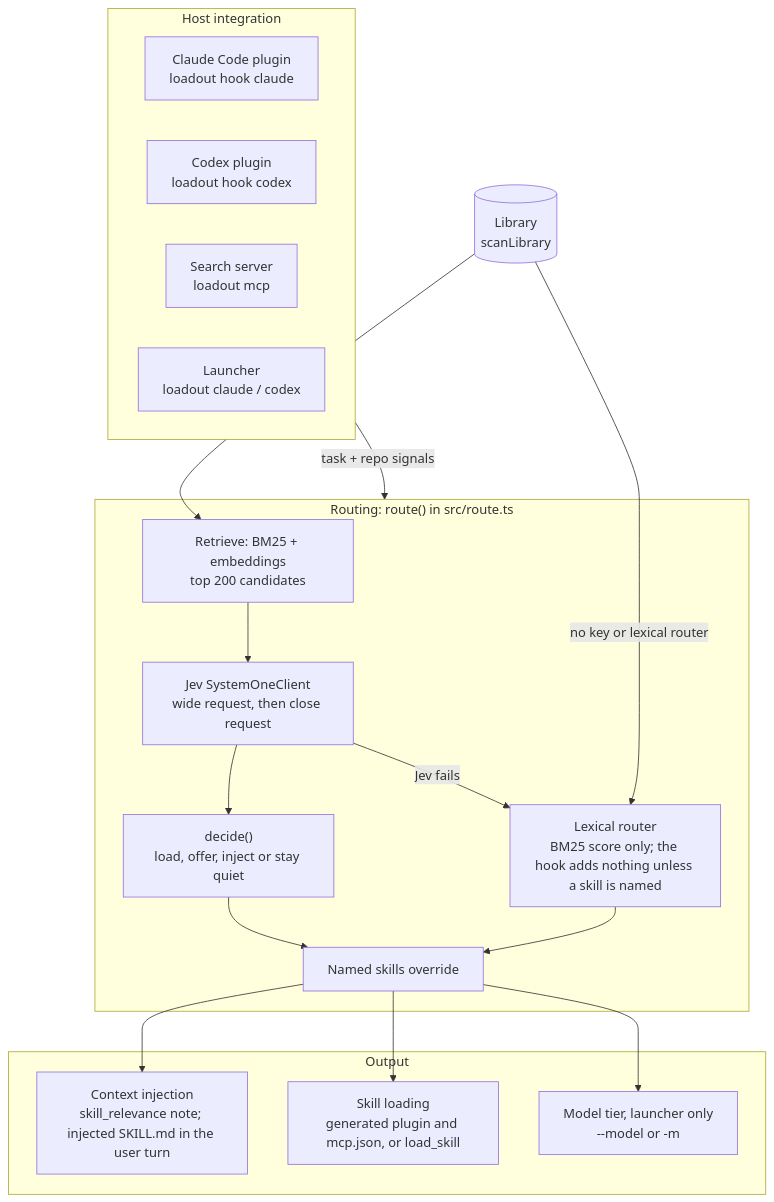
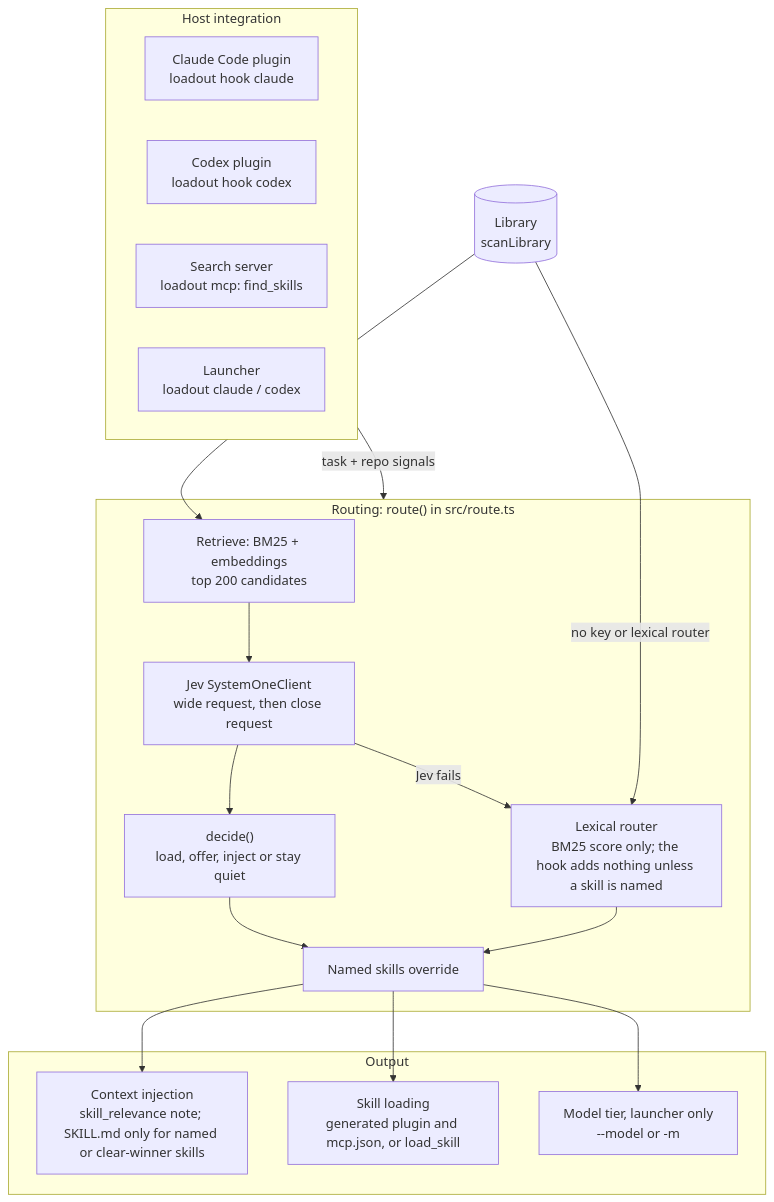
The diagram in DESIGN.md (erik-hedstrom/loadout), drawn with Mermaid before and after one commit. The commit also changed other lines of this file, not shown here.

Commit message:
E6: narrow diagram claims to find_skills and clear winners
Only find_skills calls route(); load_skill and the gateway read or relay directly. The relevance note goes to the system prompt in the Claude launcher and the user turn elsewhere, so the label names what is injected and leaves the channel to Router step 6.

Claude-Session: https://claude.ai/code/session_01HuyR49tfEGYja23caRY2JK

````diff
--- a/DESIGN.md
+++ b/DESIGN.md
@@ -29,37 +29,37 @@
 ```mermaid
 flowchart TB
     subgraph host["Host integration"]
         CH["Claude Code plugin<br/>loadout hook claude"]
         XH["Codex plugin<br/>loadout hook codex"]
-        MS["Search server<br/>loadout mcp"]
+        MS["Search server<br/>loadout mcp: find_skills"]
         LA["Launcher<br/>loadout claude / codex"]
     end
 
     LIB[("Library<br/>scanLibrary")]
 
     subgraph routing["Routing: route() in src/route.ts"]
         RET["Retrieve: BM25 + embeddings<br/>top 200 candidates"]
         JEV["Jev SystemOneClient<br/>wide request, then close request"]
         DEC["decide()<br/>load, offer, inject or stay quiet"]
         LEX["Lexical router<br/>BM25 score only; the hook adds nothing unless a skill is named"]
         MEN["Named skills override"]
         RET --> JEV
         JEV -->|"Jev fails"| LEX
         JEV --> DEC
         DEC --> MEN
         LEX --> MEN
     end
 
     subgraph out["Output"]
-        CTX["Context injection<br/>skill_relevance note; injected SKILL.md in the user turn"]
+        CTX["Context injection<br/>skill_relevance note; SKILL.md only for named or clear-winner skills"]
         SKL["Skill loading<br/>generated plugin and mcp.json, or load_skill"]
         TIER["Model tier, launcher only<br/>--model or -m"]
     end
 
     host -->|"task + repo signals"| routing
     LIB --> RET
     LIB -->|"no key or lexical router"| LEX
     MEN --> CTX
     MEN --> SKL
     MEN --> TIER
 ```
````
